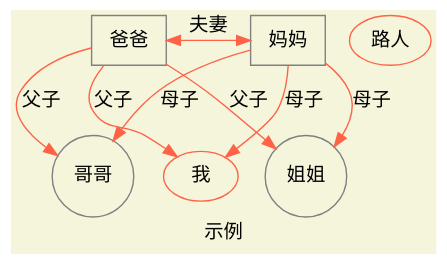
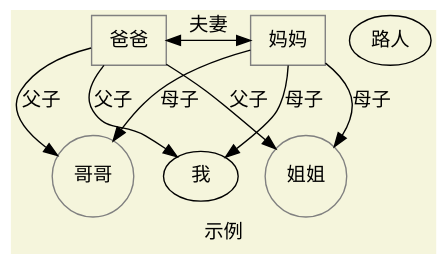
One commit to JianXiLin/MyNote changed the second of 5 diagrams in Graphviz示例.md. Above: the diagram before and after it, drawn with Graphviz. The commit also changed 141 other files, not shown here.

````diff
--- a/Graphviz示例.md
+++ b/Graphviz示例.md
@@ -33,27 +33,27 @@
 ```dot
 digraph demo {
     label="示例"
     bgcolor="beige"
 
     node[color="grey"]
 
     father[label="爸爸", shape="box"]
     mother[label="妈妈", shape="box"]
     brother[label="哥哥", shape="circle"]
     sister[label="姐姐", shape="circle"]
-    node[color="#FF6347"]
+    node[color="[[FF6347]]"]
     strangers[label="路人"]
 
-    edge[color="#FF6347"]
+    edge[color="[[FF6347]]"]
 
     father->mother[label="夫妻", dir="both"]
     father->brother[label="父子"]
     father->sister[label="父子"]
     father->我[label="父子"]
 
     mother->{brother,sister,我}[label="母子"]
 
     {rank=same; father, mother}
     {rank=same; brother,sister,我}
 }
 ```
````
